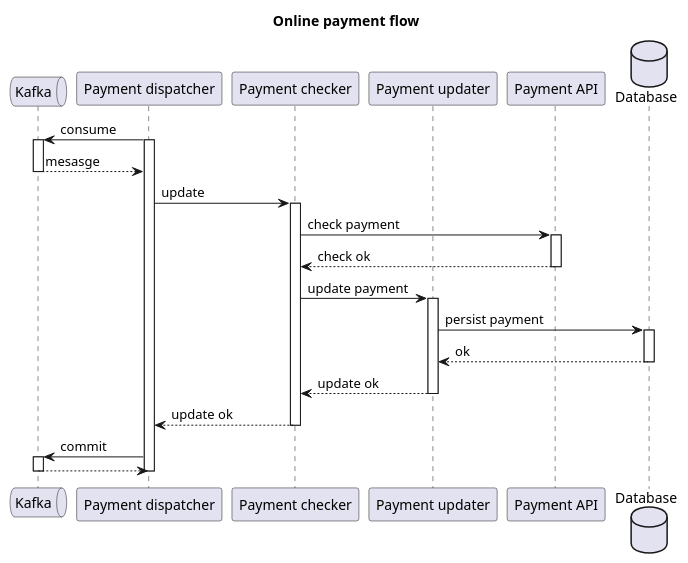
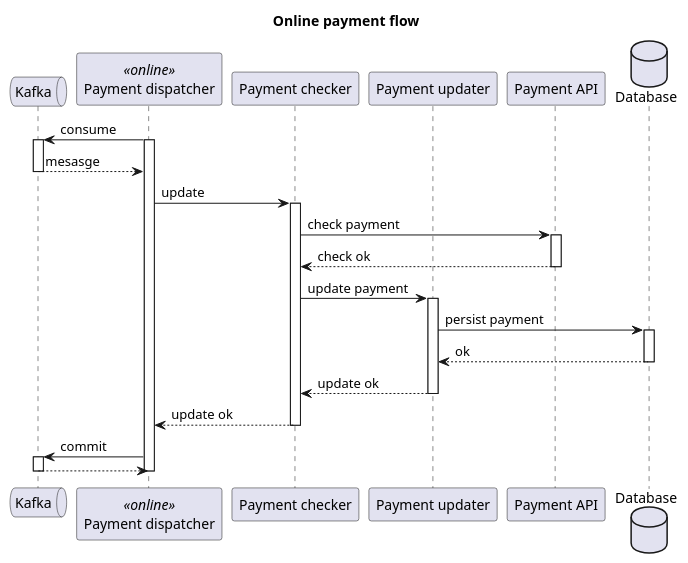
Before and after one commit to txor/acme-payment-system: the diagram in diagrams/online_secuence.puml, drawn with PlantUML. The commit also changed 15 other files, not shown here.

Commit message:
Finished README, diagrams, added script tools, added commented debug configuration on docker-compose and added banners.

```diff
--- a/diagrams/online_secuence.puml
+++ b/diagrams/online_secuence.puml
@@ -1,39 +1,39 @@
 @startuml
 
 Title Online payment flow
 
 queue "Kafka" as K
-participant "Payment dispatcher" as PD
+participant "Payment dispatcher" as PD <<online>>
 participant "Payment checker" as PP
 participant "Payment updater" as PU
 participant "Payment API" as PA
 database "Database" as DB
 
 PD -> K: consume
 activate PD
 activate K
 K --> PD: mesasge
 deactivate K
 PD -> PP: update
 activate PP
 PP -> PA: check payment
 activate PA
 PA --> PP: check ok
 deactivate PA
 PP -> PU: update payment
 activate PU
 PU -> DB: persist payment
 activate DB
 DB --> PU: ok
 deactivate DB
 PU --> PP: update ok
 deactivate PU
 PP --> PD: update ok
 deactivate PP
 PD -> K: commit
 activate K
 K --> PD
 deactivate K
 deactivate PD
 
 @enduml
```
